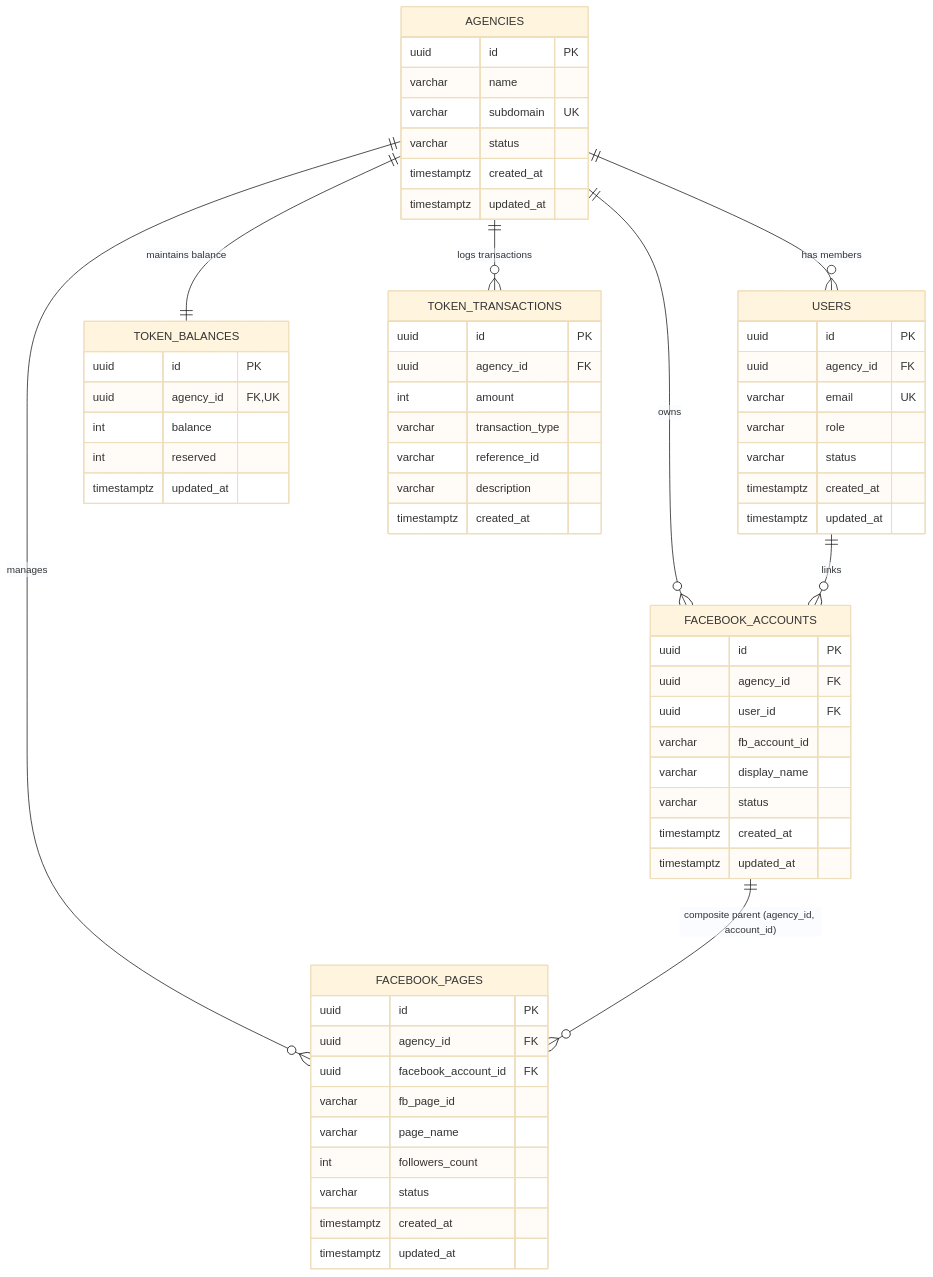
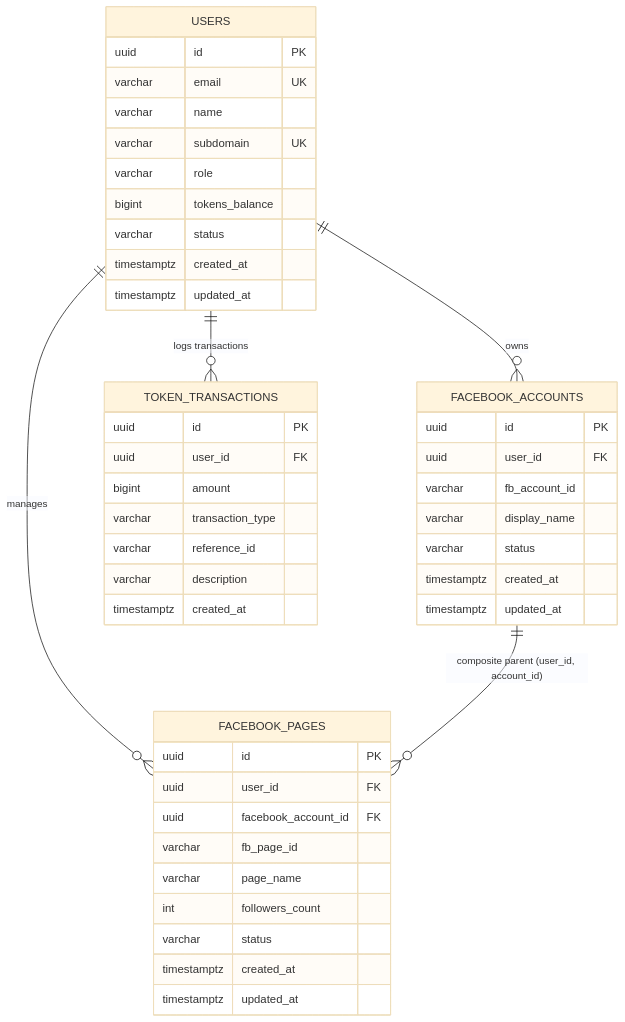
The diagram in specs/001-monorepo-foundation-data-substrate/data-model.md (Velocta/fbuploadpro), drawn with Mermaid (base theme) before and after one commit. The commit also changed other lines of this file and 6 other files, not shown here.

````diff
--- a/specs/001-monorepo-foundation-data-substrate/data-model.md
+++ b/specs/001-monorepo-foundation-data-substrate/data-model.md
@@ -9,70 +9,51 @@
 ```mermaid
 erDiagram
-    AGENCIES ||--o{ USERS : "has members"
-    AGENCIES ||--o{ FACEBOOK_ACCOUNTS : "owns"
-    AGENCIES ||--o{ FACEBOOK_PAGES : "manages"
-    AGENCIES ||--|| TOKEN_BALANCES : "maintains balance"
-    AGENCIES ||--o{ TOKEN_TRANSACTIONS : "logs transactions"
-    USERS ||--o{ FACEBOOK_ACCOUNTS : "links"
-    FACEBOOK_ACCOUNTS ||--o{ FACEBOOK_PAGES : "composite parent (agency_id, account_id)"
-
-    AGENCIES {
-        uuid id PK
-        varchar name
-        varchar subdomain UK
-        varchar status
-        timestamptz created_at
-        timestamptz updated_at
-    }
+    USERS ||--o{ FACEBOOK_ACCOUNTS : "owns"
+    USERS ||--o{ FACEBOOK_PAGES : "manages"
+    USERS ||--o{ TOKEN_TRANSACTIONS : "logs transactions"
+    FACEBOOK_ACCOUNTS ||--o{ FACEBOOK_PAGES : "composite parent (user_id, account_id)"
 
     USERS {
         uuid id PK
-        uuid agency_id FK
         varchar email UK
+        varchar name
+        varchar subdomain UK
         varchar role
+        bigint tokens_balance
         varchar status
         timestamptz created_at
         timestamptz updated_at
     }
 
     FACEBOOK_ACCOUNTS {
         uuid id PK
-        uuid agency_id FK
         uuid user_id FK
         varchar fb_account_id
         varchar display_name
         varchar status
         timestamptz created_at
         timestamptz updated_at
     }
 
     FACEBOOK_PAGES {
         uuid id PK
-        uuid agency_id FK
+        uuid user_id FK
         uuid facebook_account_id FK
         varchar fb_page_id
         varchar page_name
         int followers_count
         varchar status
         timestamptz created_at
         timestamptz updated_at
     }
 
-    TOKEN_BALANCES {
-        uuid id PK
-        uuid agency_id FK, UK
-        int balance
-        int reserved
-        timestamptz updated_at
-    }
-
     TOKEN_TRANSACTIONS {
         uuid id PK
-        uuid agency_id FK
-        int amount
+        uuid user_id FK
+        bigint amount
         varchar transaction_type
         varchar reference_id
         varchar description
         timestamptz created_at
     }
 ```
````
